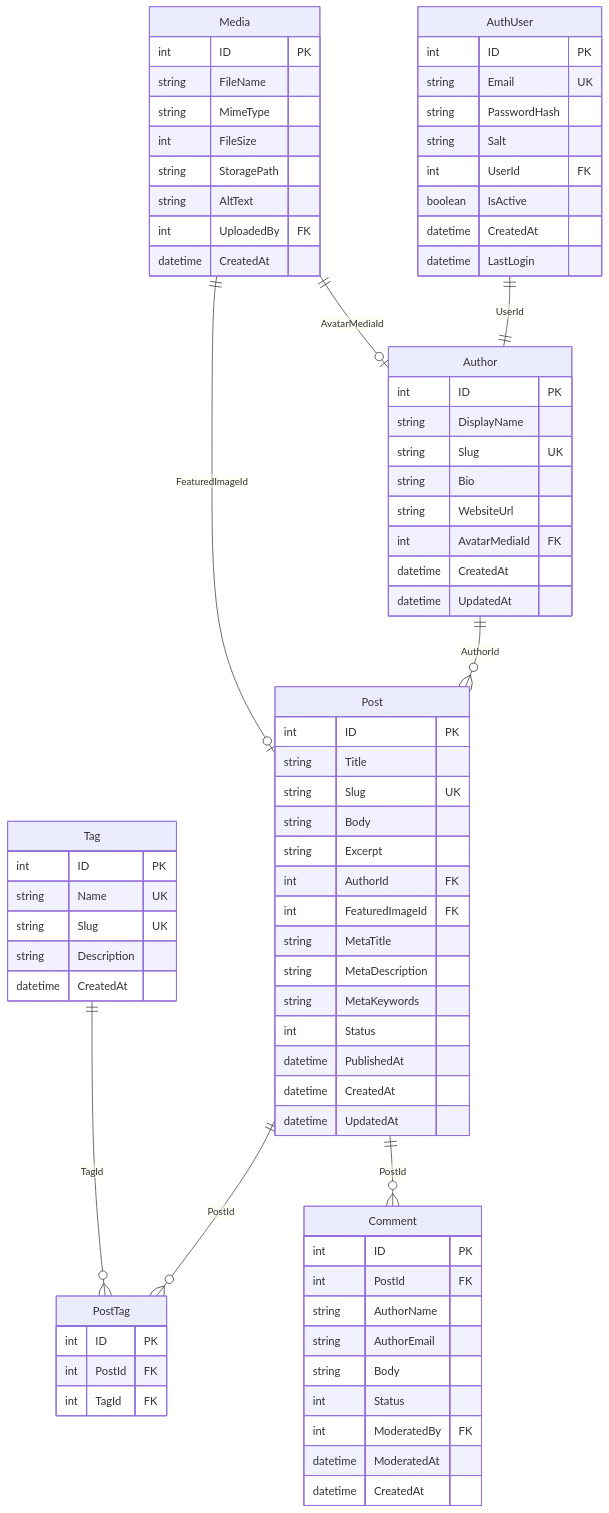
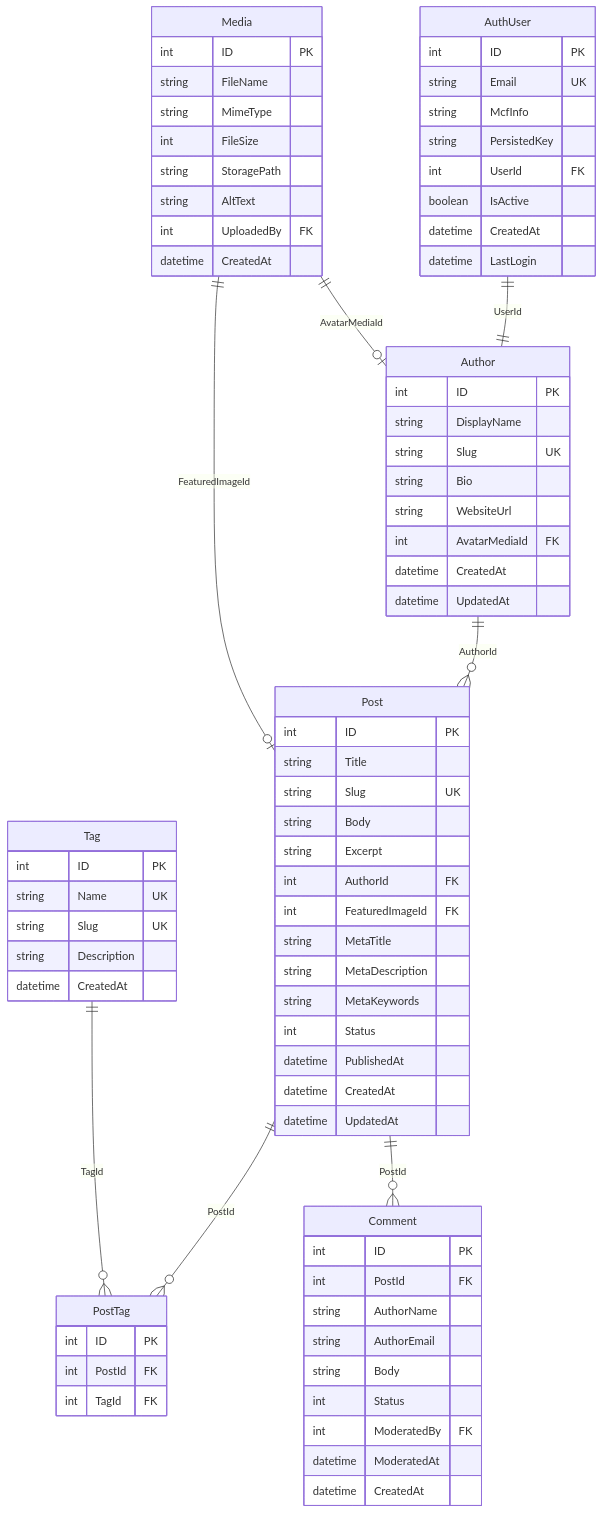
The ninth of 9 diagrams in architecture.md (sakura1977/mormot2-microservices-blog-sample), drawn with Mermaid before and after one commit. The commit also changed other lines of this file and 5 other files, not shown here.

```diff
--- a/architecture.md
+++ b/architecture.md
@@ -305,8 +354,8 @@
     AuthUser {
         int ID PK
         string Email UK
-        string PasswordHash
-        string Salt
+        string McfInfo
+        string PersistedKey
         int UserId FK
         boolean IsActive
         datetime CreatedAt
```
